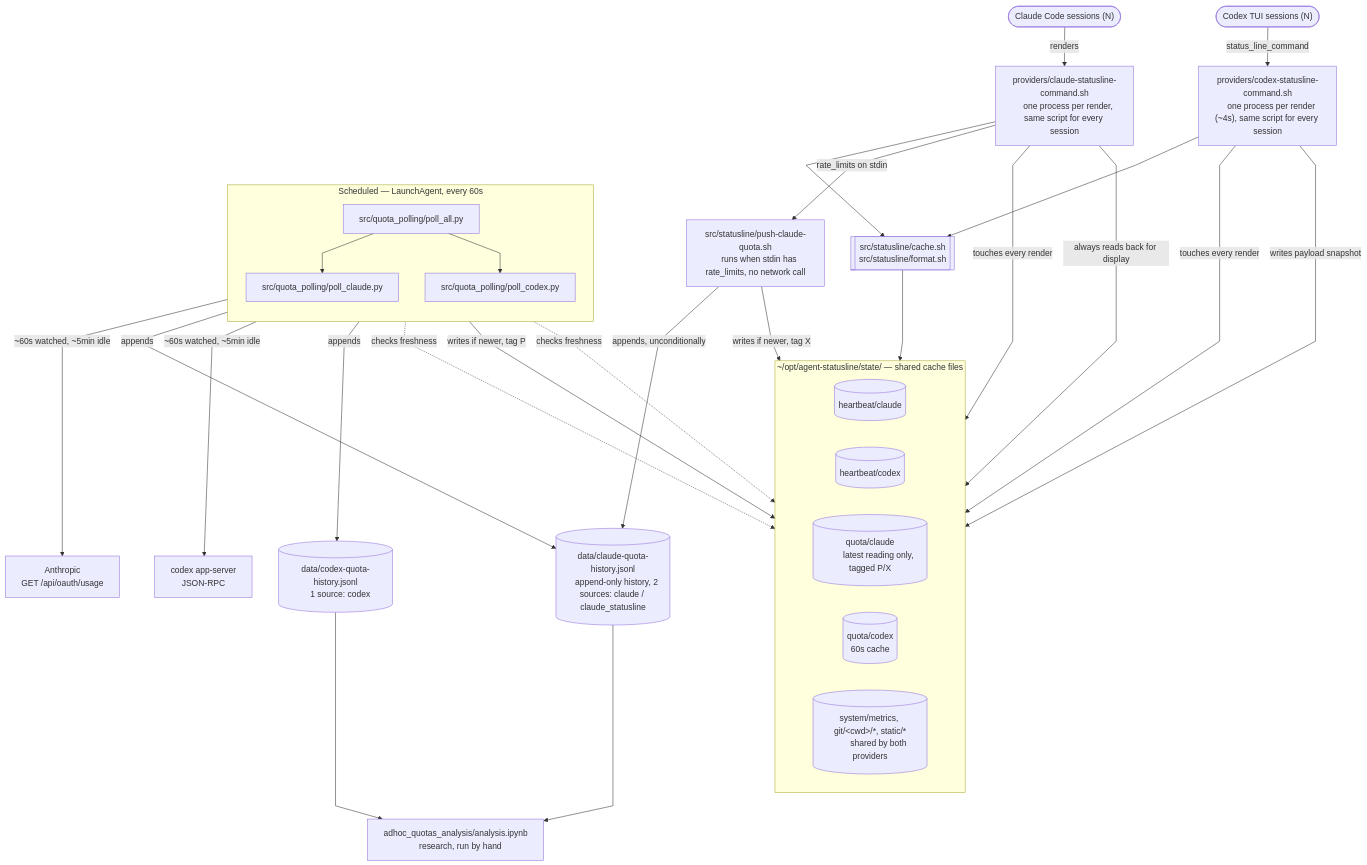
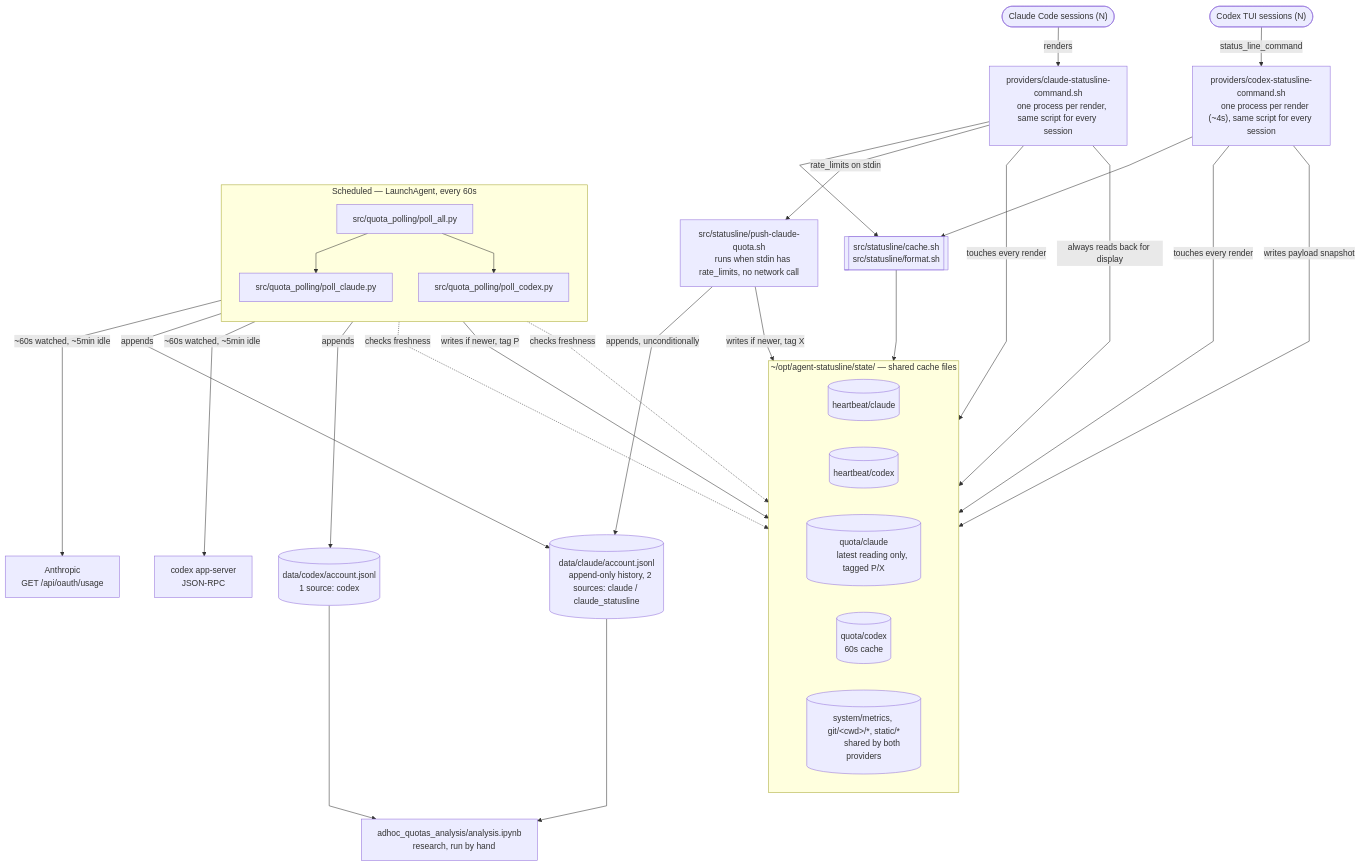
The diagram in README.md (JeanLescutMuller/agent-statusline), drawn with Mermaid before and after one commit. The commit also changed other lines of this file and 25 other files, not shown here.

First line of the commit message:
Split usage data per agent and per scope; percent is account-scope only

````diff
--- a/README.md
+++ b/README.md
@@ -76,78 +78,78 @@
 ```mermaid
 %%{init: {"flowchart": {"curve": "linear"}}}%%
 flowchart TB
     claudeS(["Claude Code sessions (N)"])
     codexS(["Codex TUI sessions (N)"])
 
     provclaude["providers/claude-statusline-command.sh
     one process per render, same script for every session"]
     provcodex["providers/codex-statusline-command.sh
     one process per render (~4s), same script for every session"]
 
     sharedlib[["src/statusline/cache.sh
     src/statusline/format.sh"]]
 
     subgraph state["~/opt/agent-statusline/state/ — shared cache files"]
         direction LR
         hbC[("heartbeat/claude")]
         hbX[("heartbeat/codex")]
         ccC[("quota/claude
         latest reading only, tagged P/X")]
         ccX[("quota/codex
         60s cache")]
         ccOther[("system/metrics, git/&lt;cwd&gt;/*, static/*
         shared by both providers")]
     end
 
     pushscript["src/statusline/push-claude-quota.sh
     runs when stdin has rate_limits, no network call"]
 
-    claudelog[("data/claude-quota-history.jsonl
+    claudelog[("data/claude/account.jsonl
     append-only history, 2 sources: claude / claude_statusline")]
-    codexlog[("data/codex-quota-history.jsonl
+    codexlog[("data/codex/account.jsonl
     1 source: codex")]
 
     subgraph pollers["Scheduled — LaunchAgent, every 60s"]
         direction TB
         pollall["src/quota_polling/poll_all.py"]
         pollclaude["src/quota_polling/poll_claude.py"]
         pollcodex["src/quota_polling/poll_codex.py"]
     end
 
     anthropicusage["Anthropic
     GET /api/oauth/usage"]
     codexrpc["codex app-server
     JSON-RPC"]
     notebook["adhoc_quotas_analysis/analysis.ipynb
     research, run by hand"]
 
     claudeS -->|renders| provclaude
     codexS -->|"status_line_command"| provcodex
 
     provclaude --> sharedlib
     provcodex --> sharedlib
     sharedlib --> ccOther
 
     provclaude -->|touches every render| hbC
     provcodex -->|touches every render| hbX
 
     provclaude -->|"rate_limits on stdin"| pushscript
     pushscript -->|"appends, unconditionally"| claudelog
     pushscript -->|"writes if newer, tag X"| ccC
     provclaude -->|"always reads back for display"| ccC
 
     provcodex -->|writes payload snapshot| ccX
 
     pollall --> pollclaude
     pollall --> pollcodex
     pollclaude -.->|checks freshness| hbC
     pollclaude -->|"~60s watched, ~5min idle"| anthropicusage
     pollclaude -->|appends| claudelog
     pollclaude -->|"writes if newer, tag P"| ccC
     pollcodex -.->|checks freshness| hbX
     pollcodex -->|"~60s watched, ~5min idle"| codexrpc
     pollcodex -->|appends| codexlog
 
     claudelog --> notebook
     codexlog --> notebook
 ```
````
